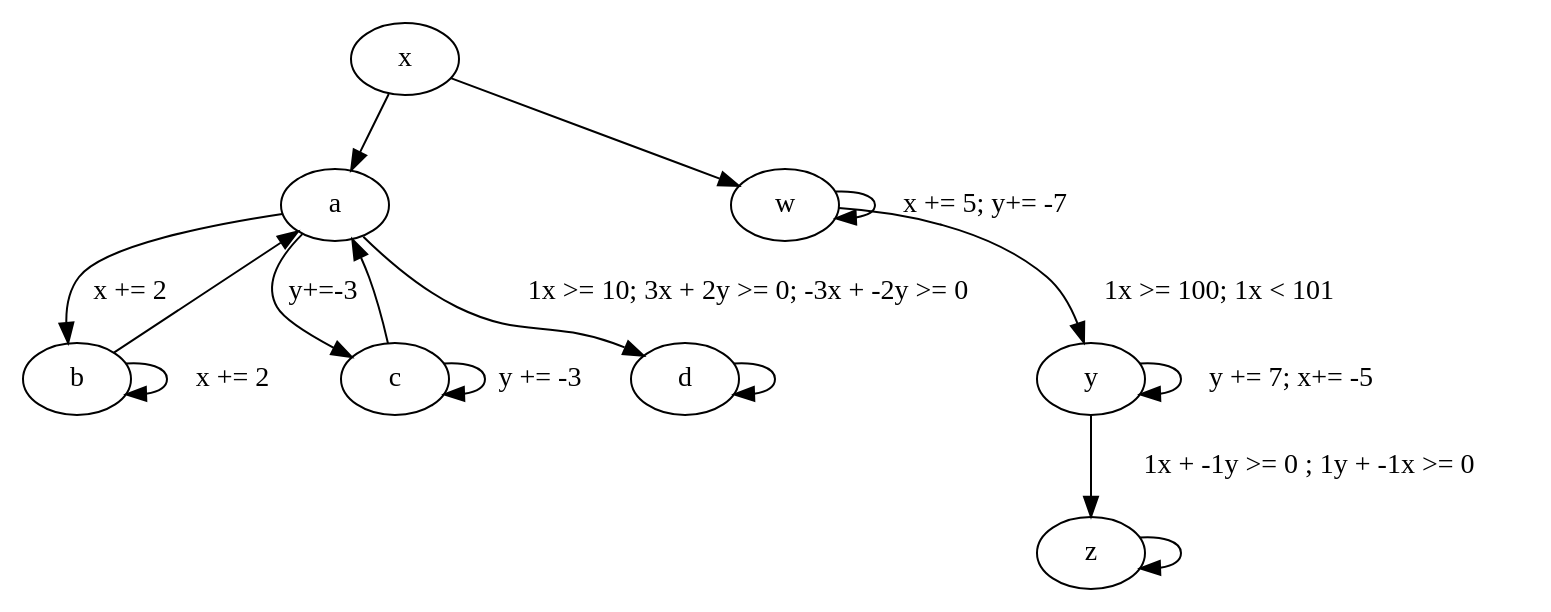
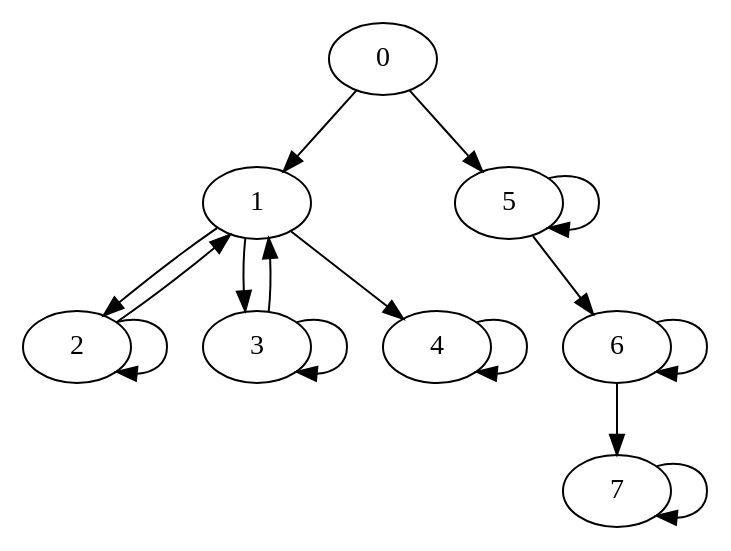
Before and after one commit to apirogov/flat-checker: the diagram in examples/test4.dot, drawn with Graphviz. The commit also changed 8 other files, not shown here.

Commit message:
improved parsing: formulas can have optional parentheses, propositions can be strings, graph annotation is more liberal

```diff
--- a/examples/test4.dot
+++ b/examples/test4.dot
@@ -1,27 +1,27 @@
 /* e.g. try this formulae:
  */
 digraph G {
-  0 [label="x"];
-  1 [label="a"];
-  2 [label="b"];
-  3 [label="c"];
-  4 [label="d"];
-  5 [label="w"];
-  6 [label="y"];
-  7 [label="z"];
+  0 [props="{x}"];
+  1 [props="{a}"];
+  2 [props="{b}"];
+  3 [props="{c}"];
+  4 [props="{d}"];
+  5 [props="{w}"];
+  6 [props="{y}"];
+  7 [props="{z}"];
   0 -> 1;
-  1 -> 2 [label="x += 2"];
-  2 -> 2 [label="  x += 2  "];
+  1 -> 2 [updates="{x += 2}"];
+  2 -> 2 [updates="{x += 2}"];
   2 -> 1;
-  1 -> 3 [label="y+=-3"];
-  3 -> 3 [label="y += -3"];
+  1 -> 3 [updates="{y-=3}"];
+  3 -> 3 [updates="{y += -3}"];
   3 -> 1;
-  1 -> 4 [label="1x >= 10; 3x + 2y >= 0; -3x + -2y >= 0"];
+  1 -> 4 [guards="{x >= 10, 3x + 2y = 0}"];
   4 -> 4;
   0 -> 5;
-  5 -> 5 [label="x += 5; y+= -7"];
-  5 -> 6 [label="1x >= 100; 1x < 101"];
-  6 -> 6 [label="y += 7; x+= -5"];
-  6 -> 7 [label="1x + -1y >= 0 ; 1y + -1x >= 0"];
+  5 -> 5 [updates="{x += 5, y-= 7}"];
+  5 -> 6 [guards="{x = 100}"];
+  6 -> 6 [updates="{y += 7, x -=5}"];
+  6 -> 7 [guards="{x - y = 0}"];
   7 -> 7;
 }
```
